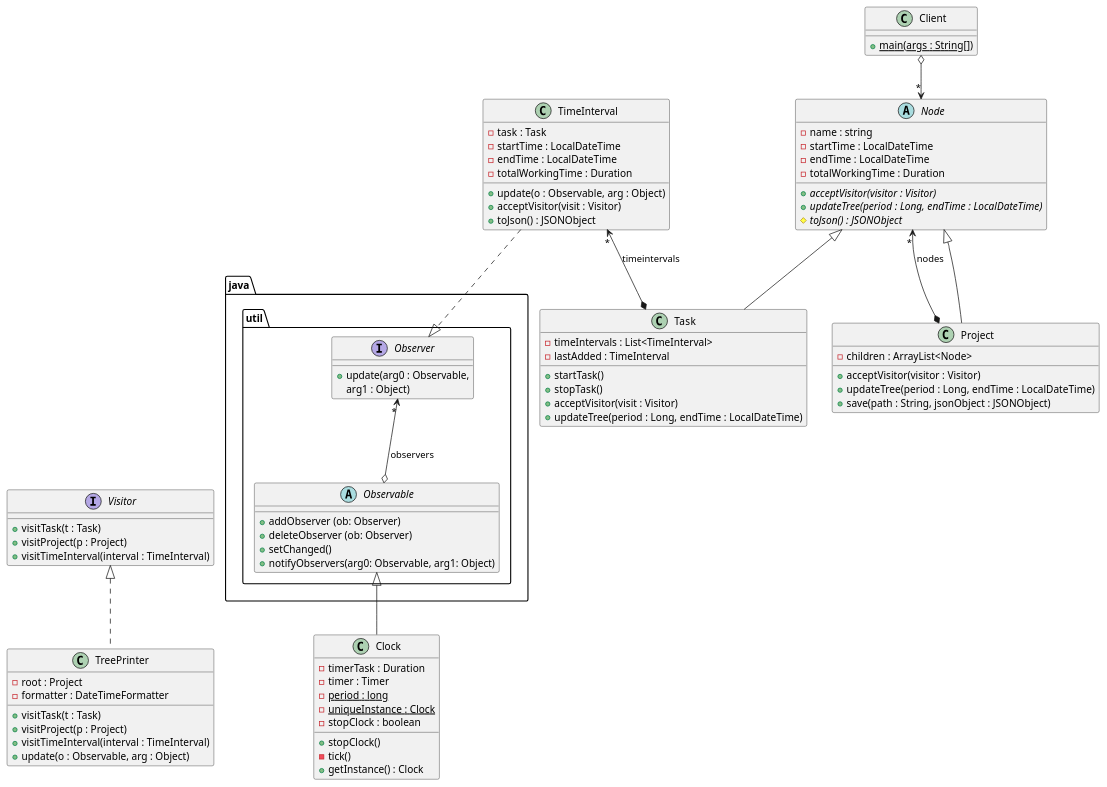
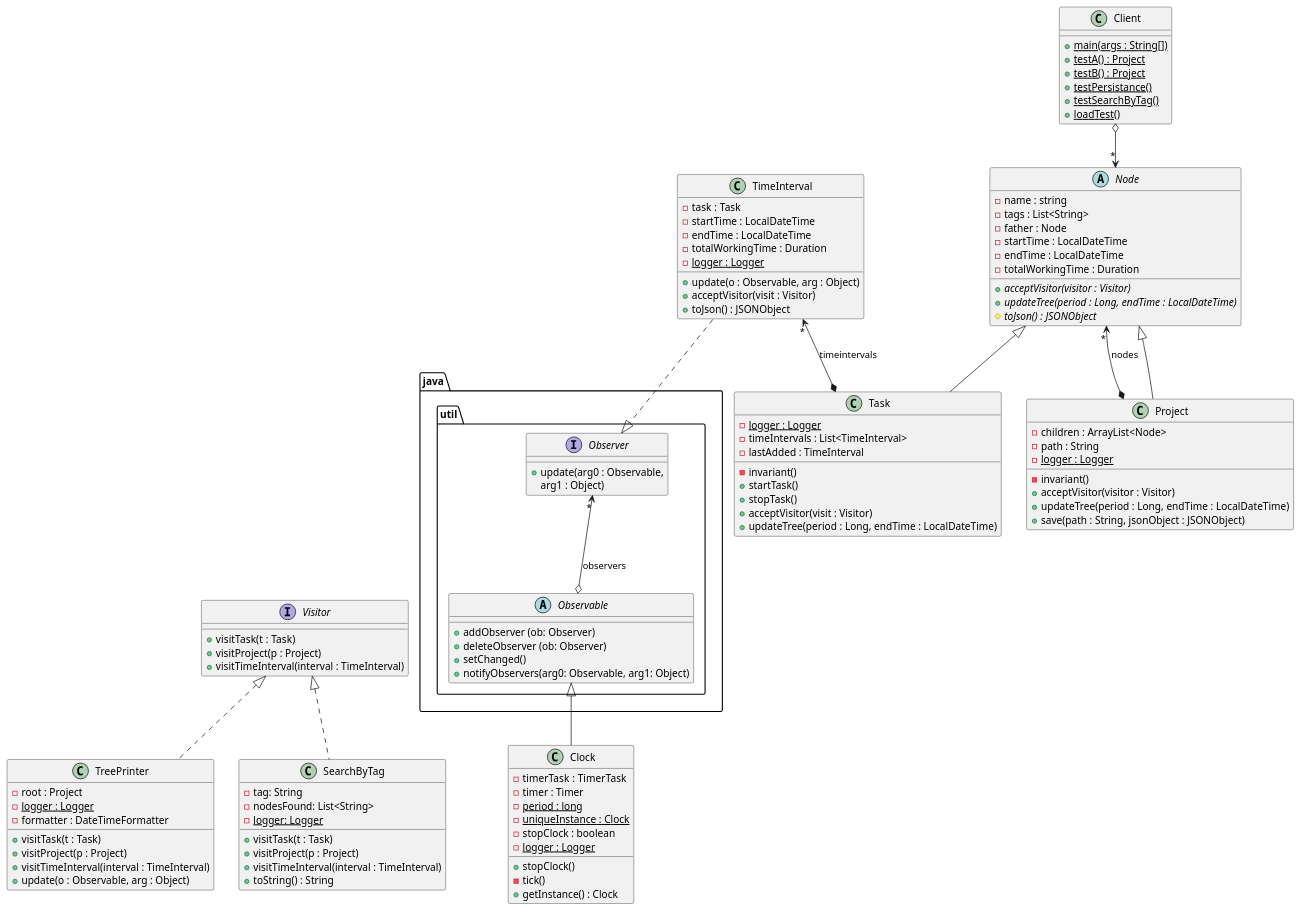
One commit to prodric/timeTracker changed the diagram in timeTracker.puml. Above: the diagram before and after it, drawn with PlantUML.

```diff
--- a/timeTracker.puml
+++ b/timeTracker.puml
@@ -1,88 +1,113 @@
 @startuml
 
 class Project extends Node{
     -children : ArrayList<Node>
+    -path : String
+    -{static}logger : Logger
+    -invariant()
     +acceptVisitor(visitor : Visitor)
     +updateTree(period : Long, endTime : LocalDateTime)
     +save(path : String, jsonObject : JSONObject)
+
 }
 
 abstract class Node {
     -name : string
+    -tags : List<String>
+    -father : Node
     -startTime : LocalDateTime
     -endTime : LocalDateTime
     -totalWorkingTime : Duration
     +{abstract} acceptVisitor(visitor : Visitor)
     +{abstract} updateTree(period : Long, endTime : LocalDateTime)
     #{abstract} toJson() : JSONObject
 }
 
 class Task extends Node{
+    -{static}logger : Logger
     -timeIntervals : List<TimeInterval>
     -lastAdded : TimeInterval
+    -invariant()
     +startTask()
     +stopTask()
     +acceptVisitor(visit : Visitor)
     +updateTree(period : Long, endTime : LocalDateTime)
 
 }
 
 class Client {
 + {static}main(args : String[])
++{static}testA() : Project
++{static}testB() : Project
++{static}testPersistance()
++{static}testSearchByTag()
++{static}loadTest()
 }
 
 class TimeInterval {
     -task : Task
     -startTime : LocalDateTime
     -endTime : LocalDateTime
     -totalWorkingTime : Duration
+    -{static} logger : Logger
     +update(o : Observable, arg : Object)
     +acceptVisitor(visit : Visitor)
     +toJson() : JSONObject
 }
 package java.util <<Folder>> {
     interface Observer{
         +update(arg0 : Observable,
         arg1 : Object)
     }
     abstract class Observable{
         +addObserver (ob: Observer)
         +deleteObserver (ob: Observer)
         +setChanged()
         +notifyObservers(arg0: Observable, arg1: Object)
     }
 }
 
 class Clock{
-    -timerTask : Duration
+    -timerTask : TimerTask
     -timer : Timer
     -{static}period : long
     -{static}uniqueInstance : Clock
     -stopClock : boolean
+    -{static}logger : Logger
     +stopClock()
     -tick()
     +getInstance() : Clock
 }
 
 interface Visitor {
     +visitTask(t : Task)
     +visitProject(p : Project)
     +visitTimeInterval(interval : TimeInterval)
 }
 class TreePrinter implements Visitor{
      -root : Project
+     -{static}logger : Logger
      -formatter : DateTimeFormatter
      +visitTask(t : Task)
      +visitProject(p : Project)
      +visitTimeInterval(interval : TimeInterval)
      +update(o : Observable, arg : Object)
+}
+class SearchByTag implements Visitor{
+    -tag: String
+    -nodesFound: List<String>
+    -{static}logger: Logger
+    +visitTask(t : Task)
+    +visitProject(p : Project)
+    +visitTimeInterval(interval : TimeInterval)
+    +toString() : String
 }
 Visitor -[hidden]right- Observable
 Node <--* Project : "*" nodes
 TimeInterval "*"<--*  Task : timeintervals
 TimeInterval ..|> Observer
 Observer <--o Observable : "*"observers
 Observable <|-- Clock
 Client  o-->"*" Node
 
 @enduml
```
